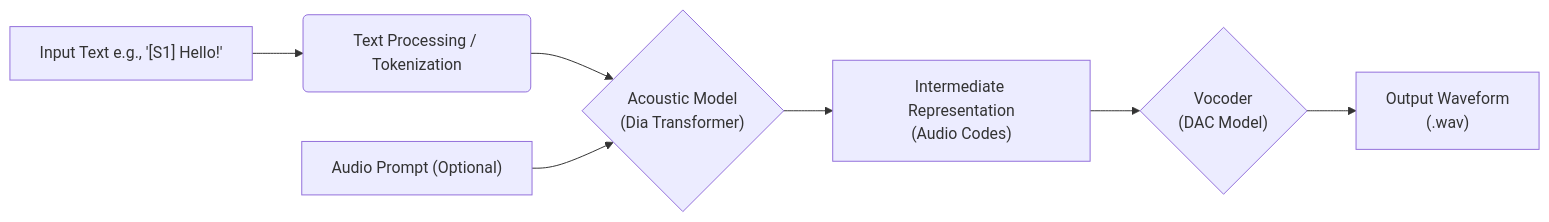
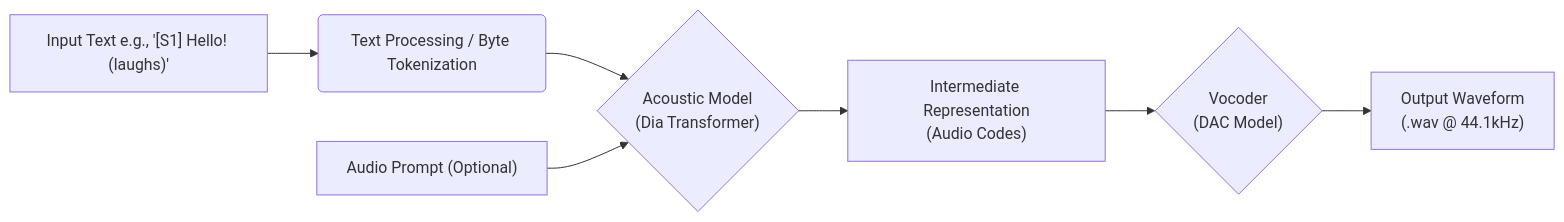
The first of 7 diagrams in README.md (obinnaokechukwu/dia-explained), drawn with Mermaid before and after one commit. The commit also changed other lines of this file, not shown here.

````diff
--- a/README.md
+++ b/README.md
@@ -290,9 +301,9 @@
 ```mermaid
 graph LR
-    A["Input Text e.g., '[S1] Hello!'"] --> B(Text Processing / Tokenization)
-    B --> C{"Acoustic Model\n(Dia Transformer)"}
-    C --> D["Intermediate Representation\n(Audio Codes)"]
-    D --> E{"Vocoder\n(DAC Model)"}
-    E --> F["Output Waveform\n(.wav)"]
-    G["Audio Prompt (Optional)"] --> C
+    A["Input Text e.g., '[S1] Hello! (laughs)'"] --> B(Text Processing / Byte Tokenization);
+    B --> C{"Acoustic Model\n(Dia Transformer)"};
+    C --> D["Intermediate Representation\n(Audio Codes)"];
+    D --> E{"Vocoder\n(DAC Model)"};
+    E --> F["Output Waveform\n(.wav @ 44.1kHz)"];
+    G["Audio Prompt (Optional)"] --> C;
 ```
````
